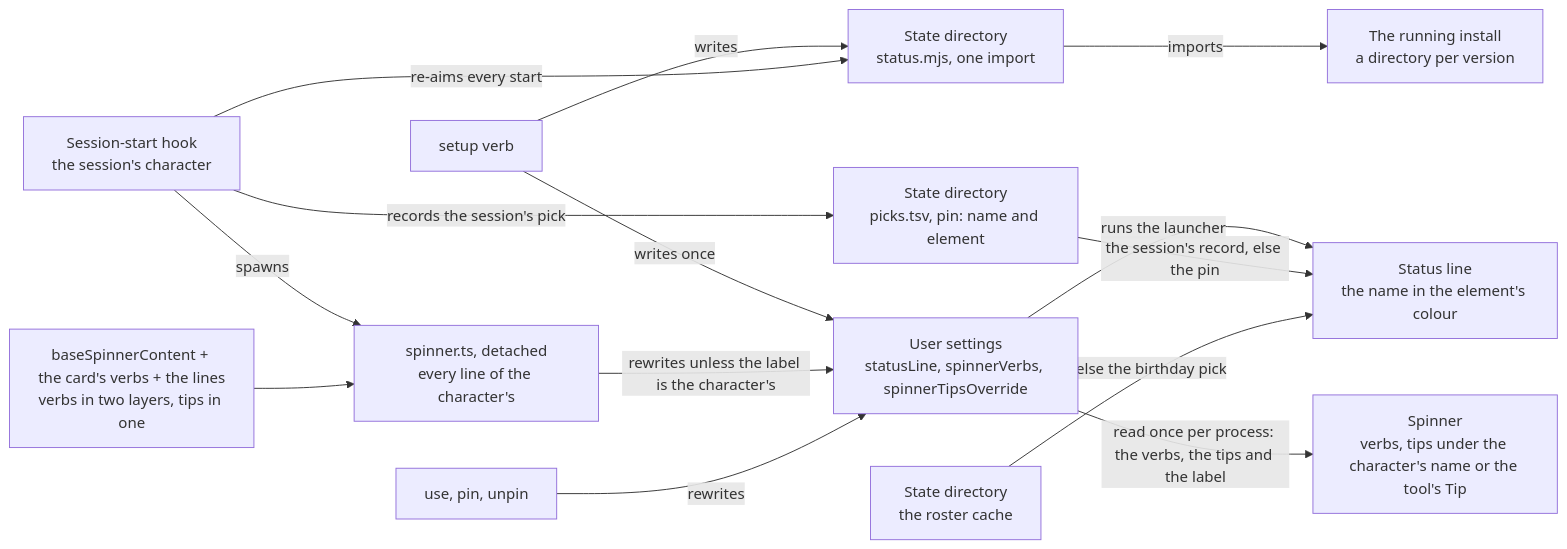
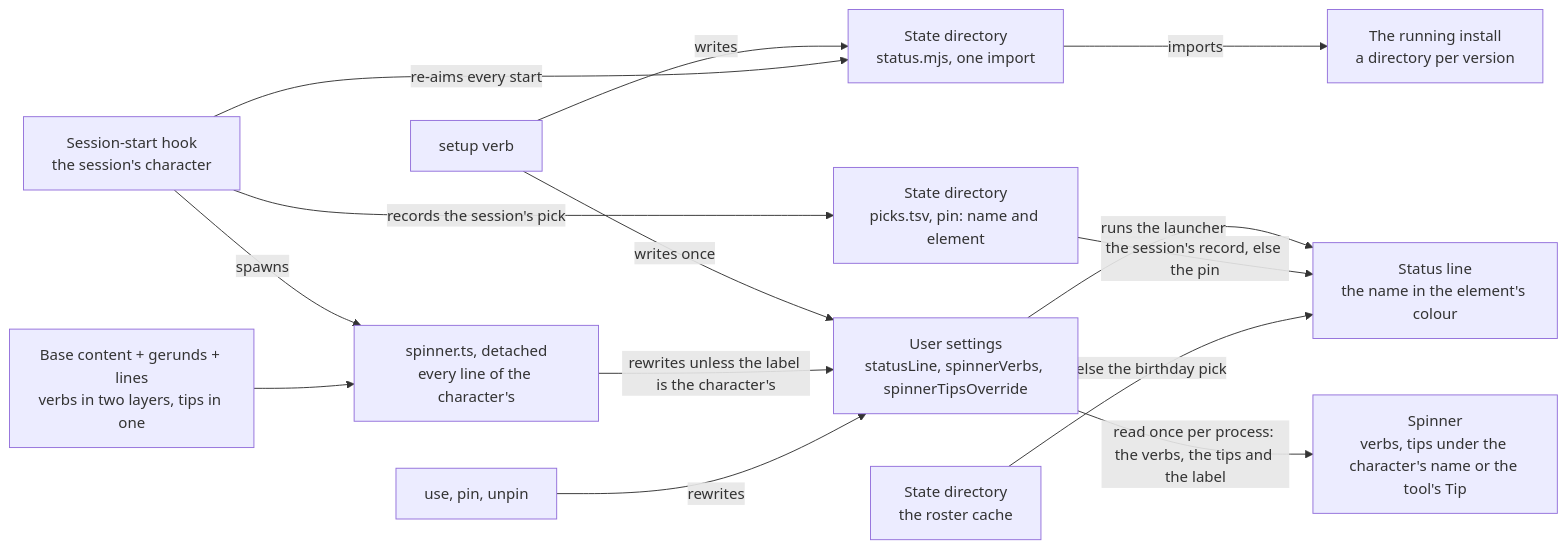
The sixth of 6 diagrams in apps/web/content/docs/infra/claude-interface/persona-plugin.md (Esposter/Esposter), drawn with Mermaid before and after one commit. The commit also changed other lines of this file and 76 other files, not shown here.

````diff
--- a/apps/web/content/docs/infra/claude-interface/persona-plugin.md
+++ b/apps/web/content/docs/infra/claude-interface/persona-plugin.md
@@ -196,28 +257,28 @@
 ```mermaid
 flowchart LR
     Setup["setup verb"]
     Hook["Session-start hook<br/>the session's character"]
-    Content["baseSpinnerContent + the card's verbs + the lines<br/>verbs in two layers, tips in one"]
+    Content["Base content + gerunds + lines<br/>verbs in two layers, tips in one"]
     Script["spinner.ts, detached<br/>every line of the character's"]
     Settings["User settings<br/>statusLine, spinnerVerbs, spinnerTipsOverride"]
     Launcher["State directory<br/>status.mjs, one import"]
     Install["The running install<br/>a directory per version"]
     Records["State directory<br/>picks.tsv, pin: name and element"]
     Spinner["Spinner<br/>verbs, tips under the character's name or the tool's Tip"]
     Line["Status line<br/>the name in the element's colour"]
 
     Setup -->|writes once| Settings
     Setup -->|writes| Launcher
     Hook -->|re-aims every start| Launcher
     Hook -->|spawns| Script
     Content --> Script
     Script -->|rewrites unless the label is the character's| Settings
     Verb["use, pin, unpin"] -->|rewrites| Settings
     Launcher -->|imports| Install
     Settings -->|runs the launcher| Line
     Hook -->|records the session's pick| Records
     Cache["State directory<br/>the roster cache"]
     Records -->|the session's record, else the pin| Line
     Cache -->|else the birthday pick| Line
     Settings -->|read once per process: the verbs, the tips and the label| Spinner
 ```
````
